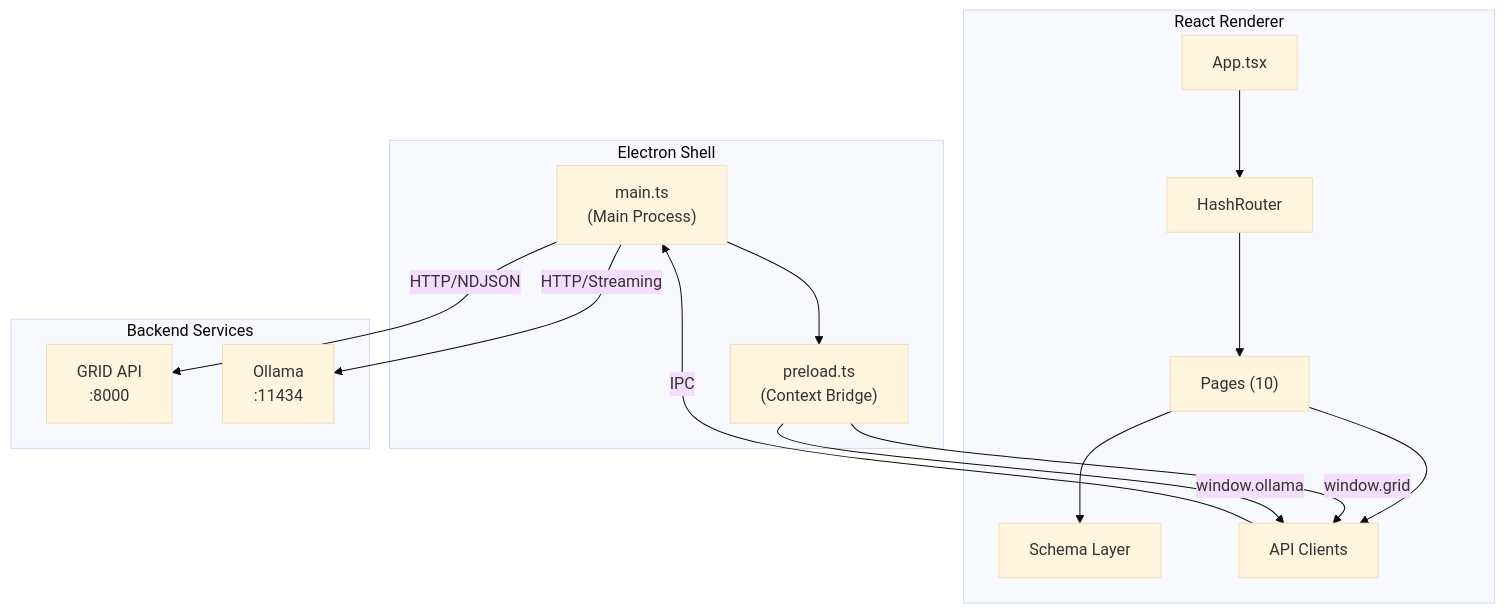
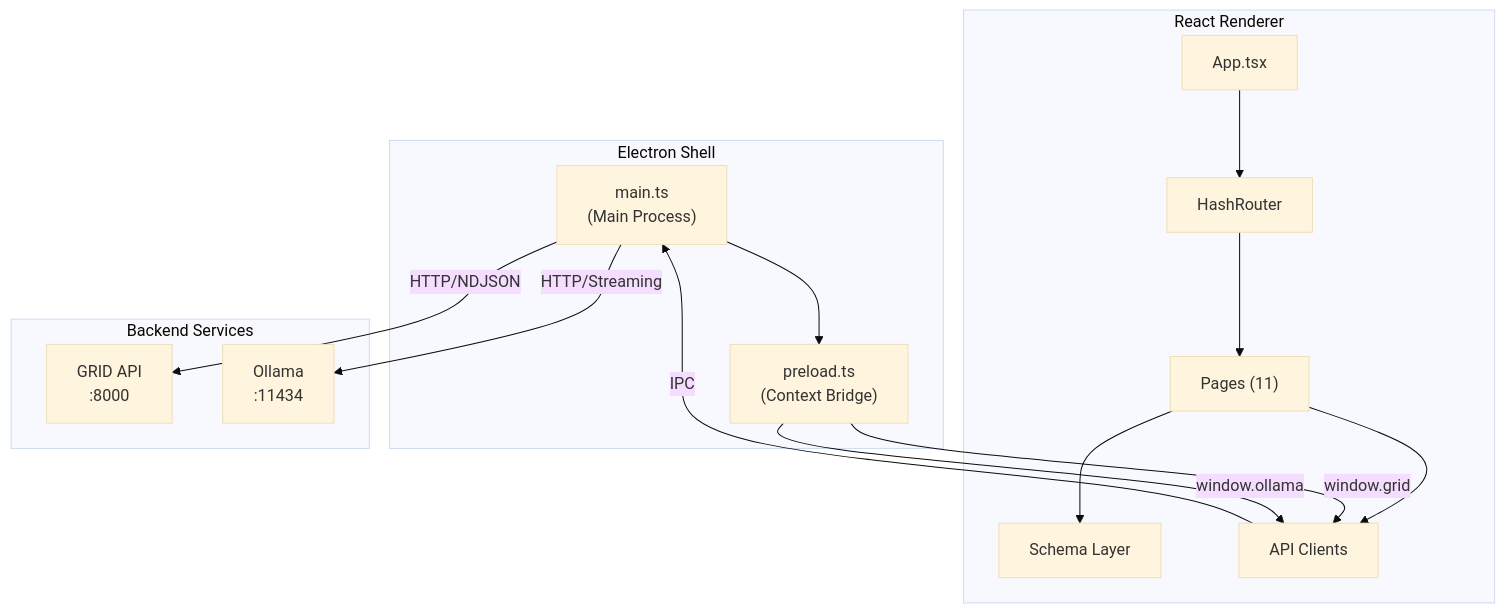
One commit to GRID-INTELLIGENCE/GRID changed the fourth of 9 diagrams in frontend/docs/ARCHITECTURE.md. Above: the diagram before and after it, drawn with Mermaid (base theme). The commit also changed other lines of this file and 6 other files, not shown here.

Commit message:
docs: update documentation for Environmental Intelligence v2.5.0 and fix frontend schema test

````diff
--- a/frontend/docs/ARCHITECTURE.md
+++ b/frontend/docs/ARCHITECTURE.md
@@ -268,30 +269,30 @@
 ```mermaid
 flowchart TB
   subgraph Electron["Electron Shell"]
     main["main.ts<br/>(Main Process)"]
     preload["preload.ts<br/>(Context Bridge)"]
   end
 
   subgraph Renderer["React Renderer"]
     app["App.tsx"]
     router["HashRouter"]
-    pages["Pages (10)"]
+    pages["Pages (11)"]
     schema["Schema Layer"]
     clients["API Clients"]
     app --> router --> pages
     pages --> schema
     pages --> clients
   end
 
   subgraph Backend["Backend Services"]
     grid["GRID API<br/>:8000"]
     ollama["Ollama<br/>:11434"]
   end
 
   main --> preload
   preload -->|window.grid| clients
   preload -->|window.ollama| clients
   clients -->|IPC| main
   main -->|HTTP/NDJSON| grid
   main -->|HTTP/Streaming| ollama
 ```
````
